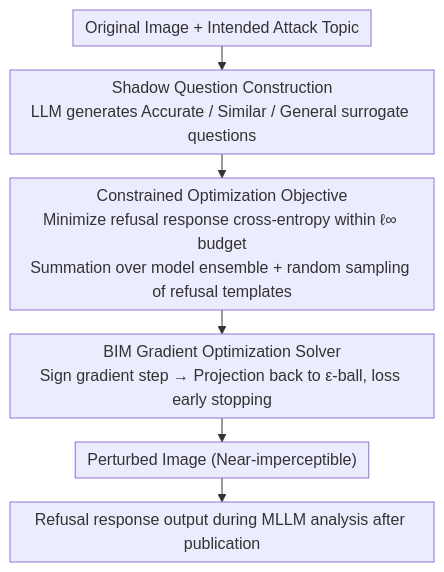
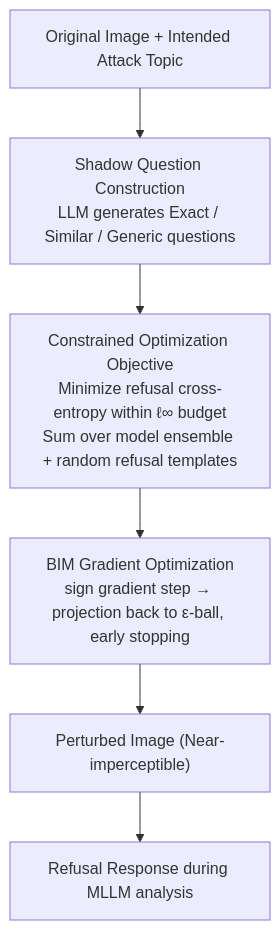
Before and after one commit to zhaoyang97/Paper-Notes-en: the diagram in docs/ACL2026/multimodal_vlm/leave_my_images_alone_preventing_multi-modal_large_language_models_from_analyzin.md, drawn with Mermaid. The commit also changed other lines of this file and 5084 other files, not shown here.

````diff
--- a/docs/ACL2026/multimodal_vlm/leave_my_images_alone_preventing_multi-modal_large_language_models_from_analyzin.md
+++ b/docs/ACL2026/multimodal_vlm/leave_my_images_alone_preventing_multi-modal_large_language_models_from_analyzin.md
@@ -44,9 +44,8 @@
 ```mermaid
-%%{init: {'flowchart': {'rankSpacing': 24, 'nodeSpacing': 28, 'padding': 6, 'wrappingWidth': 400}}}%%
-flowchart TD
-    A["Original Image + Intended Attack Topic"] --> B["Shadow Question Construction<br/>LLM generates Accurate / Similar / General surrogate questions"]
-    B --> C["Constrained Optimization Objective<br/>Minimize refusal response cross-entropy within ℓ∞ budget<br/>Summation over model ensemble + random sampling of refusal templates"]
-    C --> D["BIM Gradient Optimization Solver<br/>Sign gradient step → Projection back to ε-ball, loss early stopping"]
+graph TD
+    A["Original Image + Intended Attack Topic"] --> B["Shadow Question Construction<br/>LLM generates Exact / Similar / Generic questions"]
+    B --> C["Constrained Optimization Objective<br/>Minimize refusal cross-entropy within ℓ∞ budget<br/>Sum over model ensemble + random refusal templates"]
+    C --> D["BIM Gradient Optimization<br/>sign gradient step → projection back to ε-ball, early stopping"]
     D --> E["Perturbed Image (Near-imperceptible)"]
-    E --> F["Refusal response output during MLLM analysis after publication"]
+    E --> F["Refusal Response during MLLM analysis"]
 ```
````
